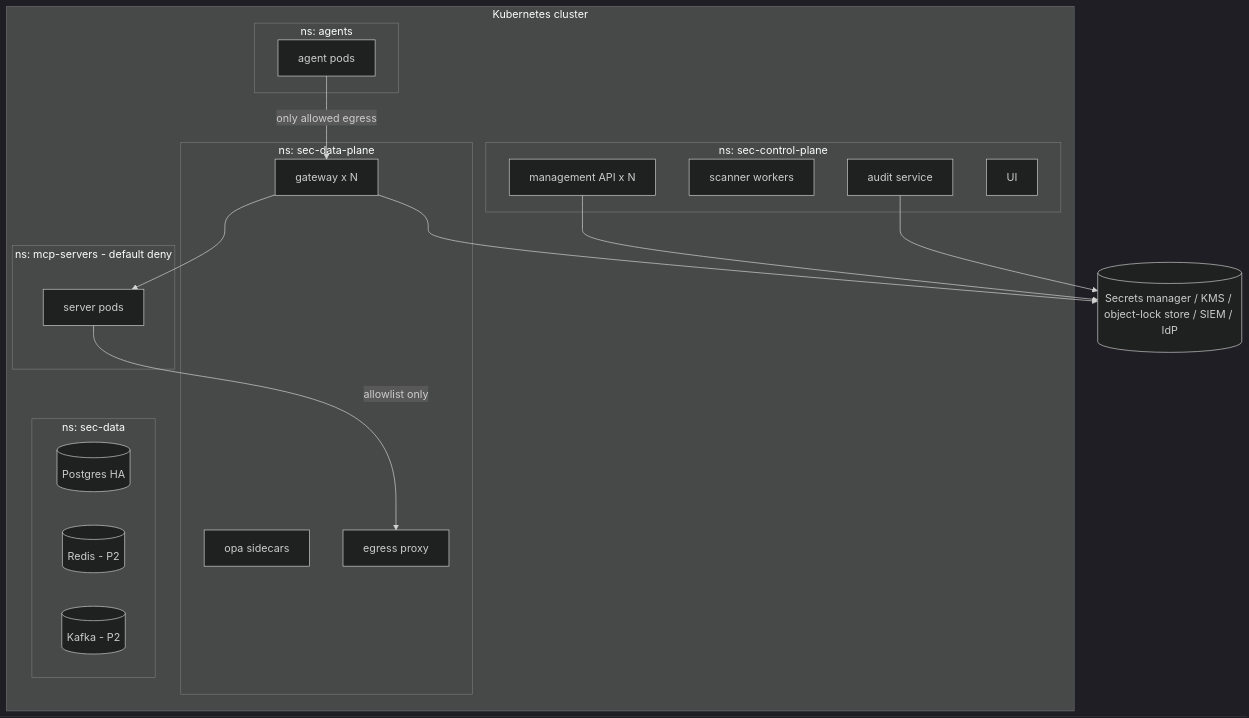
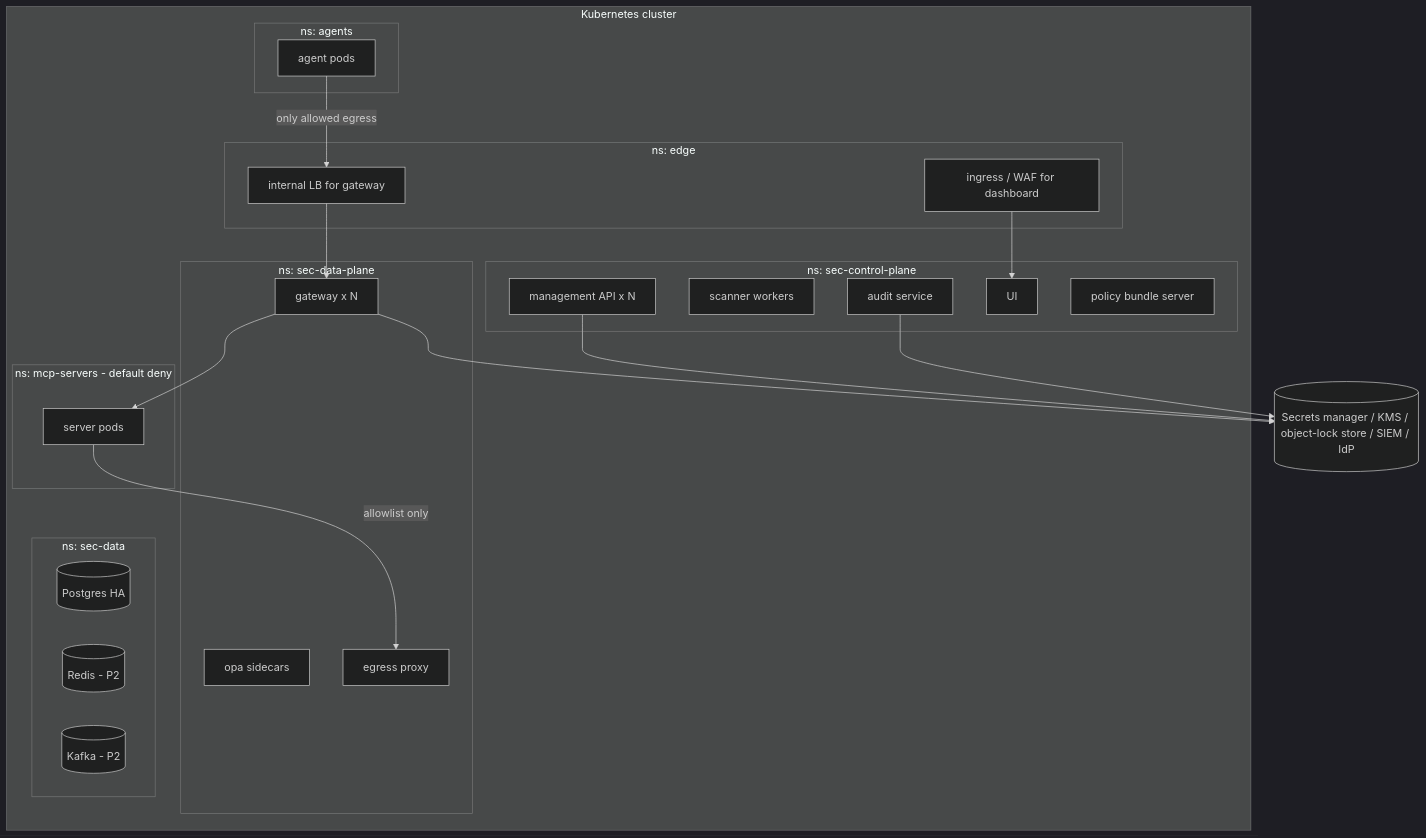
Before and after one commit to sujoydeb/AgenticSecCtl: the seventh of 7 diagrams in Plan/architecture.md, drawn with Mermaid (dark theme). The commit also changed other lines of this file and 34 other files, not shown here.

````diff
--- a/Plan/architecture.md
+++ b/Plan/architecture.md
@@ -324,32 +326,39 @@
 ```mermaid
 flowchart TB
   subgraph Cluster[Kubernetes cluster]
+    subgraph ns_edge[ns: edge]
+      ING[ingress / WAF for dashboard]
+      ILB[internal LB for gateway]
+    end
     subgraph ns_dp[ns: sec-data-plane]
       GW1[gateway x N]
       OPA1[opa sidecars]
       EGP1[egress proxy]
     end
     subgraph ns_cp[ns: sec-control-plane]
       API1[management API x N]
       SCN1[scanner workers]
       AUD1[audit service]
       UI1[UI]
+      BND[policy bundle server]
     end
     subgraph ns_data[ns: sec-data]
       PG[(Postgres HA)]
       RD[(Redis - P2)]
       KF[(Kafka - P2)]
     end
     subgraph ns_mcp[ns: mcp-servers - default deny]
       M1[server pods]
     end
     subgraph ns_ag[ns: agents]
       AG[agent pods]
     end
   end
-  AG -->|only allowed egress| GW1
+  AG -->|only allowed egress| ILB
+  ILB --> GW1
+  ING --> UI1
   GW1 --> M1
   M1 -->|allowlist only| EGP1
   ext[(Secrets manager / KMS / object-lock store / SIEM / IdP)]
   GW1 & API1 & AUD1 --> ext
 ```
````
